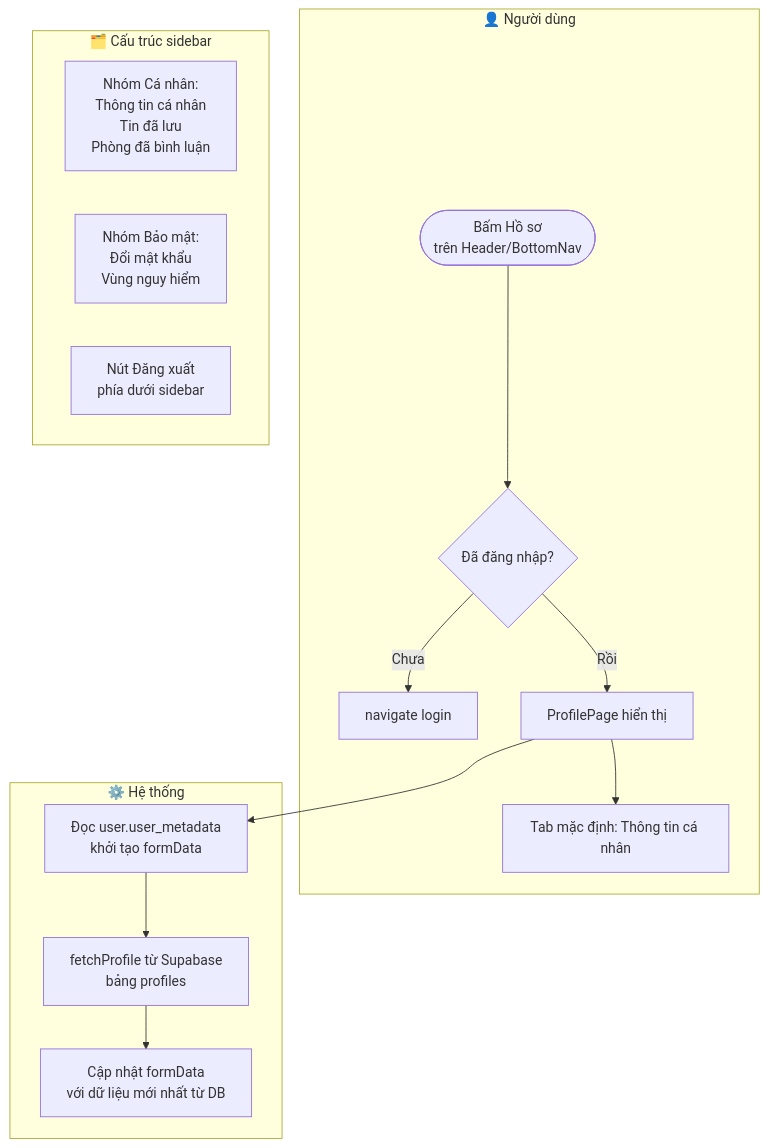
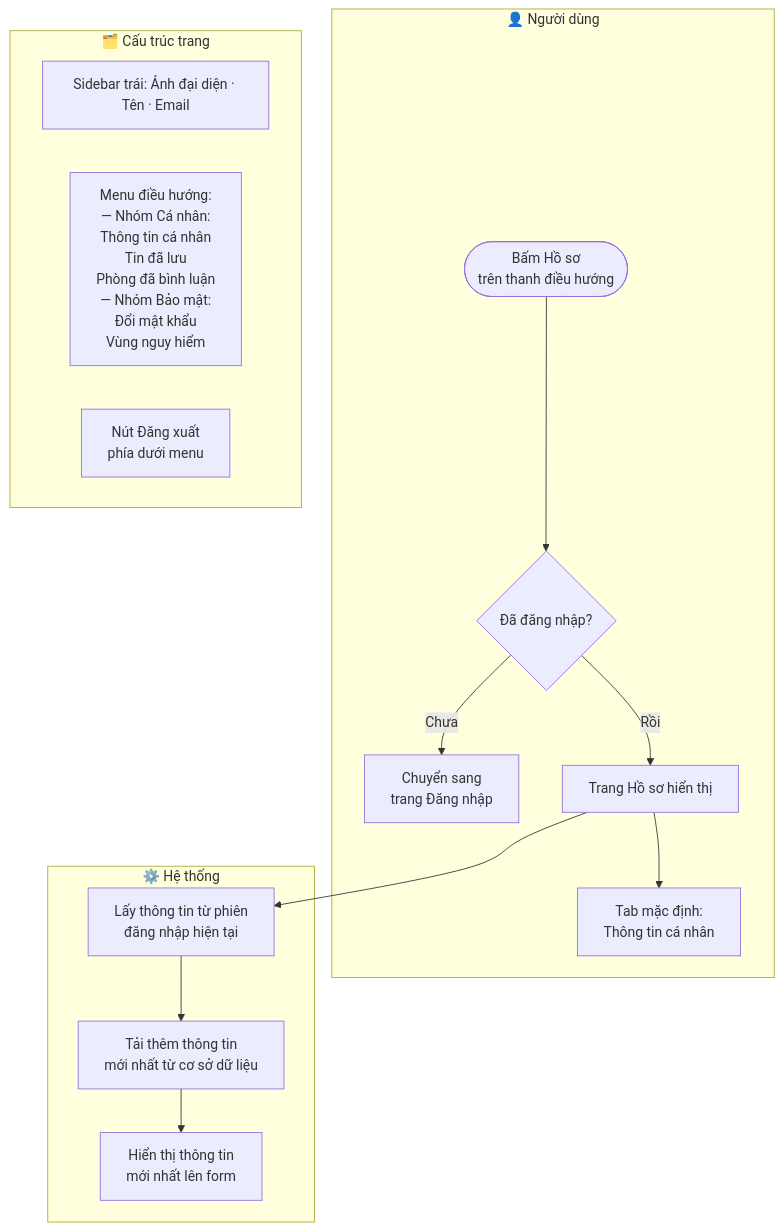
One commit to natelyt12/trotot changed the first of 8 diagrams in prj_workflows/05_profile_workflow.md. Above: the diagram before and after it, drawn with Mermaid. The commit also changed other lines of this file and 5 other files, not shown here.

````diff
--- a/prj_workflows/05_profile_workflow.md
+++ b/prj_workflows/05_profile_workflow.md
@@ -11,21 +11,21 @@
 ```mermaid
 flowchart TD
     subgraph USER["👤 Người dùng"]
-        A([Bấm Hồ sơ\ntrên Header/BottomNav]) --> B{Đã đăng nhập?}
-        B -- Chưa --> C[navigate login]
-        B -- Rồi --> D[ProfilePage hiển thị]
-        D --> E[Tab mặc định: Thông tin cá nhân]
+        A([Bấm Hồ sơ\ntrên thanh điều hướng]) --> B{Đã đăng nhập?}
+        B -- Chưa --> C[Chuyển sang\ntrang Đăng nhập]
+        B -- Rồi --> D[Trang Hồ sơ hiển thị]
+        D --> E[Tab mặc định:\nThông tin cá nhân]
     end
 
     subgraph SYSTEM["⚙️ Hệ thống"]
-        D --> F[Đọc user.user_metadata\nkhởi tạo formData]
-        F --> G[fetchProfile từ Supabase\nbảng profiles]
-        G --> H[Cập nhật formData\nvới dữ liệu mới nhất từ DB]
+        D --> F[Lấy thông tin từ phiên\nđăng nhập hiện tại]
+        F --> G[Tải thêm thông tin\nmới nhất từ cơ sở dữ liệu]
+        G --> H[Hiển thị thông tin\nmới nhất lên form]
     end
 
-    subgraph LAYOUT["🗂️ Cấu trúc sidebar"]
-        I[Nhóm Cá nhân:\nThông tin cá nhân\nTin đã lưu\nPhòng đã bình luận]
-        J[Nhóm Bảo mật:\nĐổi mật khẩu\nVùng nguy hiểm]
-        K[Nút Đăng xuất\nphía dưới sidebar]
+    subgraph LAYOUT["🗂️ Cấu trúc trang"]
+        I[Sidebar trái: Ảnh đại diện · Tên · Email]
+        J[Menu điều hướng:\n— Nhóm Cá nhân:\n  Thông tin cá nhân\n  Tin đã lưu\n  Phòng đã bình luận\n— Nhóm Bảo mật:\n  Đổi mật khẩu\n  Vùng nguy hiểm]
+        K[Nút Đăng xuất\nphía dưới menu]
     end
 ```
````
